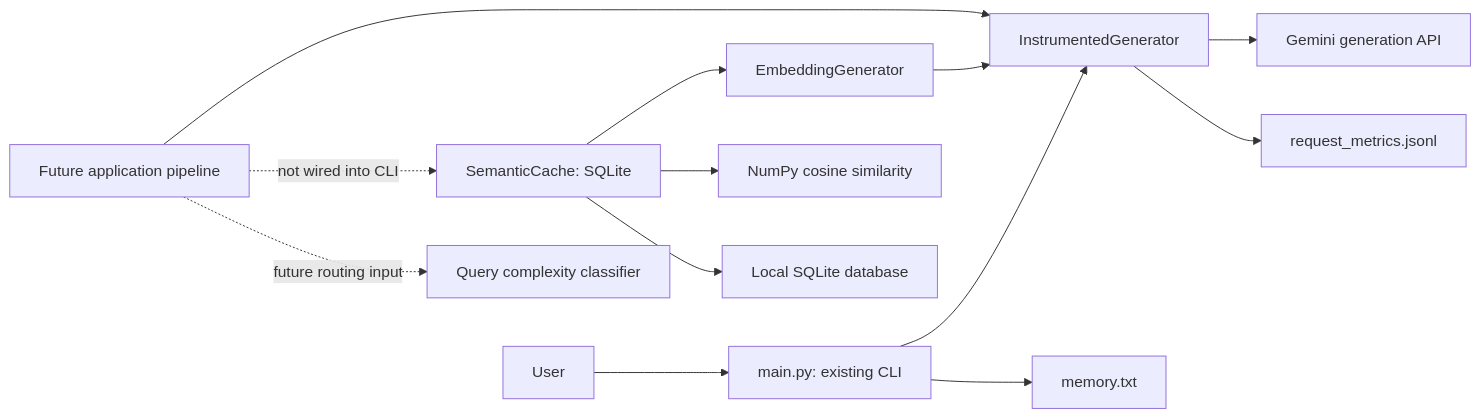
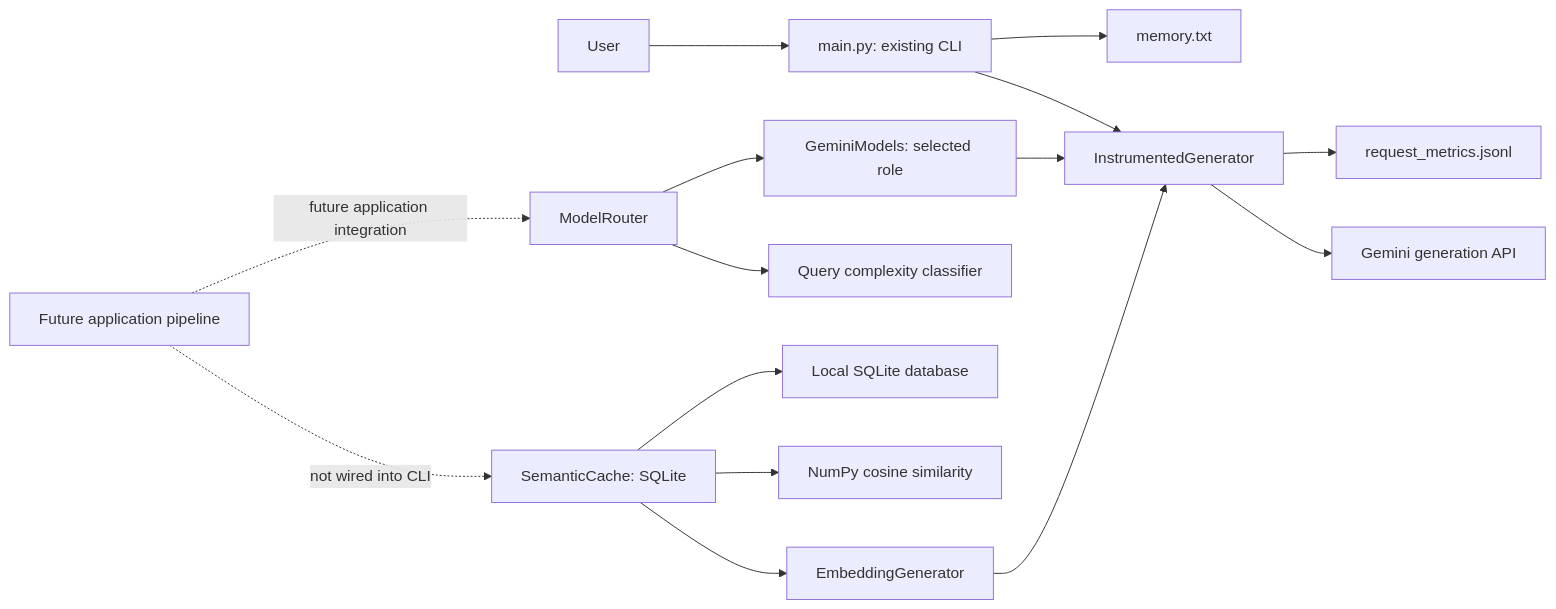
The diagram in README.md (omkharad100x/llm-cost-router), drawn with Mermaid before and after one commit. The commit also changed other lines of this file and 2 other files, not shown here.

Commit message:
feat: implement cost-aware model routing

````diff
--- a/README.md
+++ b/README.md
@@ -22,16 +23,18 @@
 ```mermaid
 flowchart LR
     User --> CLI["main.py: existing CLI"]
     CLI --> Gen["InstrumentedGenerator"]
     Gen --> Gemini["Gemini generation API"]
     Gen --> Metrics["request_metrics.jsonl"]
     CLI --> Memory["memory.txt"]
 
     Future["Future application pipeline"] -. "not wired into CLI" .-> Cache["SemanticCache: SQLite"]
     Cache --> Embed["EmbeddingGenerator"]
     Embed --> Gen
     Cache --> Similarity["NumPy cosine similarity"]
     Cache --> DB["Local SQLite database"]
-    Future -. "future routing input" .-> Classifier["Query complexity classifier"]
-    Future --> Gen
+    Future -. "future application integration" .-> Router["ModelRouter"]
+    Router --> Classifier["Query complexity classifier"]
+    Router --> Models["GeminiModels: selected role"]
+    Models --> Gen
 ```
````
